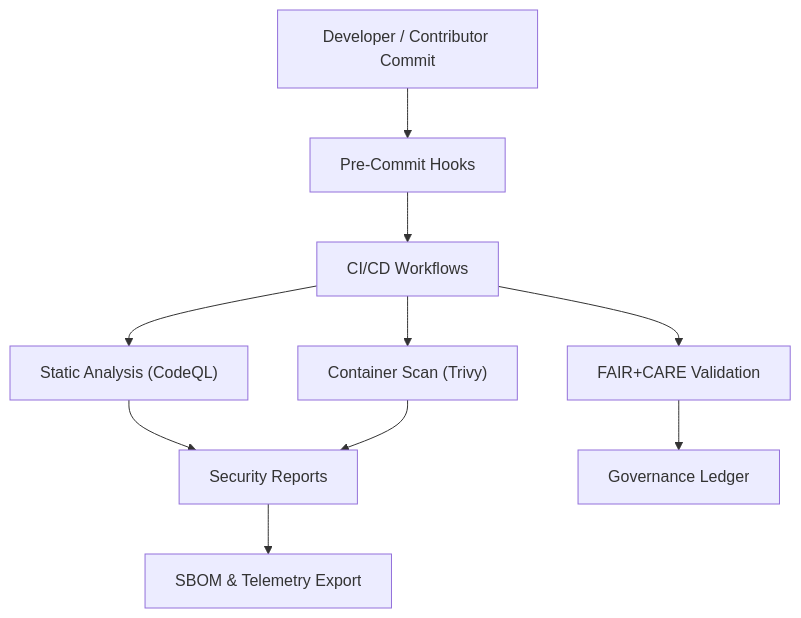
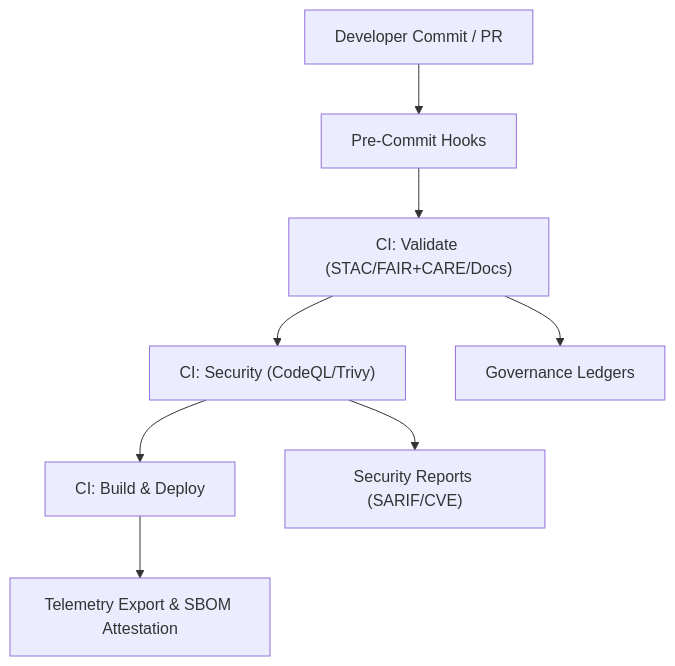
One commit to bartytime4life/Kansas-Frontier-Matrix changed the diagram in .github/SECURITY.md. Above: the diagram before and after it, drawn with Mermaid. The commit also changed other lines of this file, not shown here.

First line of the commit message:
Revise SECURITY.md for clarity and updates

````diff
--- a/.github/SECURITY.md
+++ b/.github/SECURITY.md
@@ -130,12 +123,10 @@
 ```mermaid
 flowchart TD
-A["Developer / Contributor Commit"] --> B["Pre-Commit Hooks"]
-B --> C["CI/CD Workflows"]
-C --> D["Static Analysis (CodeQL)"]
-C --> E["Container Scan (Trivy)"]
-C --> F["FAIR+CARE Validation"]
-D --> G["Security Reports"]
-E --> G
-F --> H["Governance Ledger"]
-G --> I["SBOM & Telemetry Export"]
+A["Developer Commit / PR"] --> B["Pre-Commit Hooks"]
+B --> C["CI: Validate (STAC/FAIR+CARE/Docs)"]
+C --> D["CI: Security (CodeQL/Trivy)"]
+D --> E["CI: Build & Deploy"]
+E --> F["Telemetry Export & SBOM Attestation"]
+D --> G["Security Reports (SARIF/CVE)"]
+C --> H["Governance Ledgers"]
 ```
````
